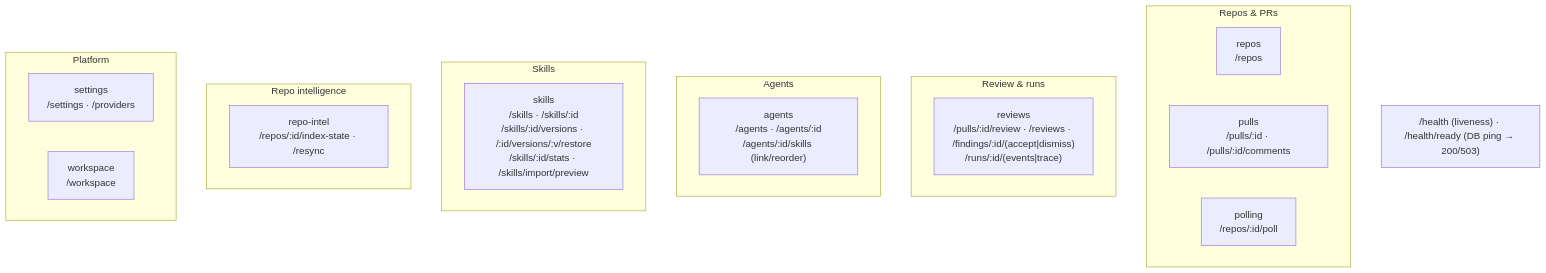
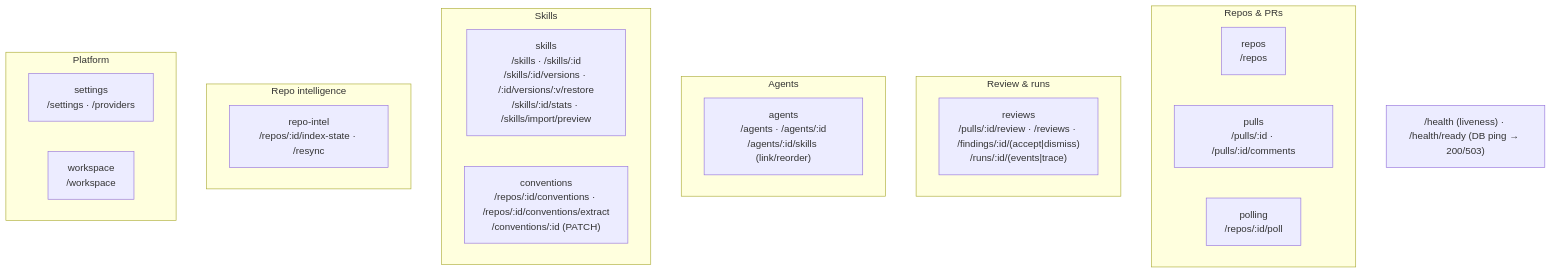
Before and after one commit to oivashkov/dev-digest: the second of 2 diagrams in server/README.md, drawn with Mermaid. The commit also changed 45 other files, not shown here.

````diff
--- a/server/README.md
+++ b/server/README.md
@@ -69,25 +69,26 @@
 ```mermaid
 flowchart TB
   subgraph Repos_PRs["Repos & PRs"]
     repos["repos<br/>/repos"]
     pulls["pulls<br/>/pulls/:id · /pulls/:id/comments"]
     polling["polling<br/>/repos/:id/poll"]
   end
   subgraph Review["Review & runs"]
     reviews["reviews<br/>/pulls/:id/review · /reviews · /findings/:id/(accept|dismiss)<br/>/runs/:id/(events|trace)"]
   end
   subgraph Agents["Agents"]
     agents["agents<br/>/agents · /agents/:id<br/>/agents/:id/skills (link/reorder)"]
   end
   subgraph Skills["Skills"]
     skills["skills<br/>/skills · /skills/:id<br/>/skills/:id/versions · /:id/versions/:v/restore<br/>/skills/:id/stats · /skills/import/preview"]
+    conventions["conventions<br/>/repos/:id/conventions · /repos/:id/conventions/extract<br/>/conventions/:id (PATCH)"]
   end
   subgraph Intel["Repo intelligence"]
     repoIntel["repo-intel<br/>/repos/:id/index-state · /resync"]
   end
   subgraph Platform["Platform"]
     settings["settings<br/>/settings · /providers"]
     workspace["workspace<br/>/workspace"]
   end
   HEALTH["/health (liveness) · /health/ready (DB ping → 200/503)"]
 ```
````
